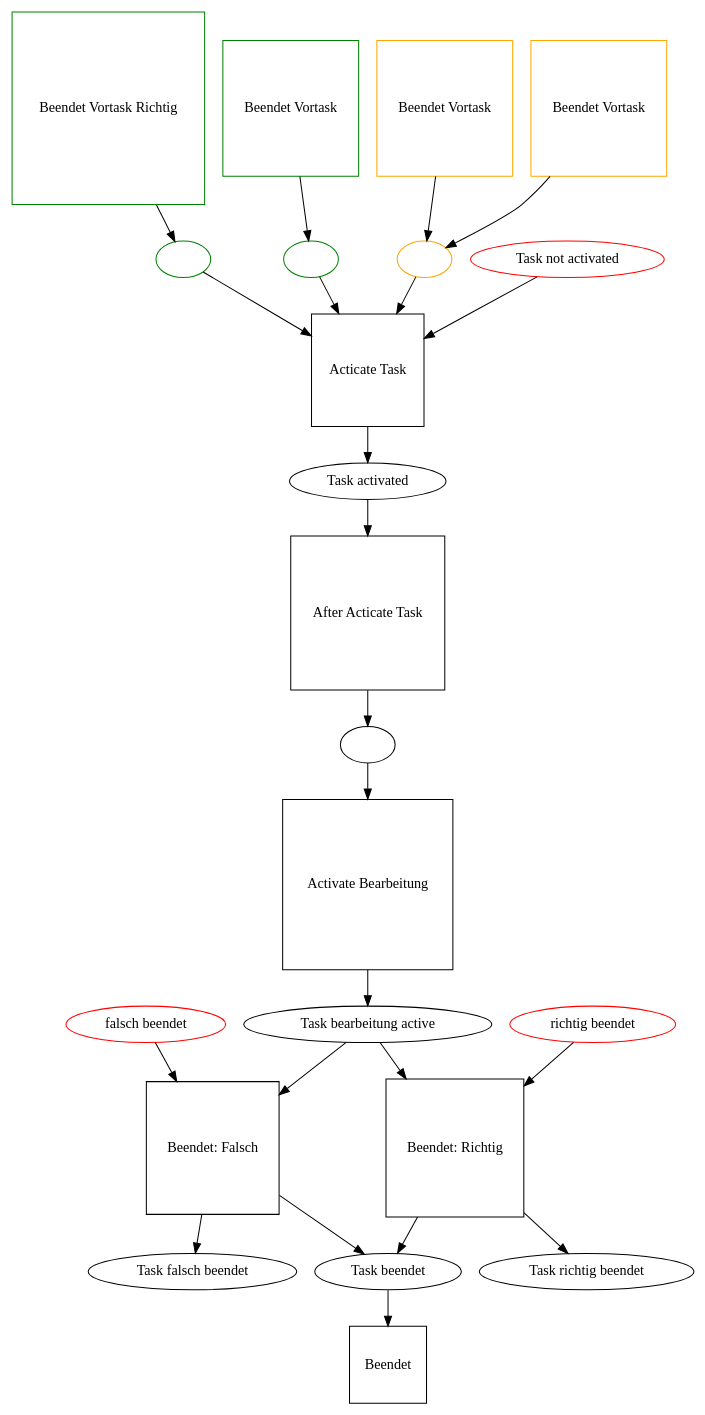
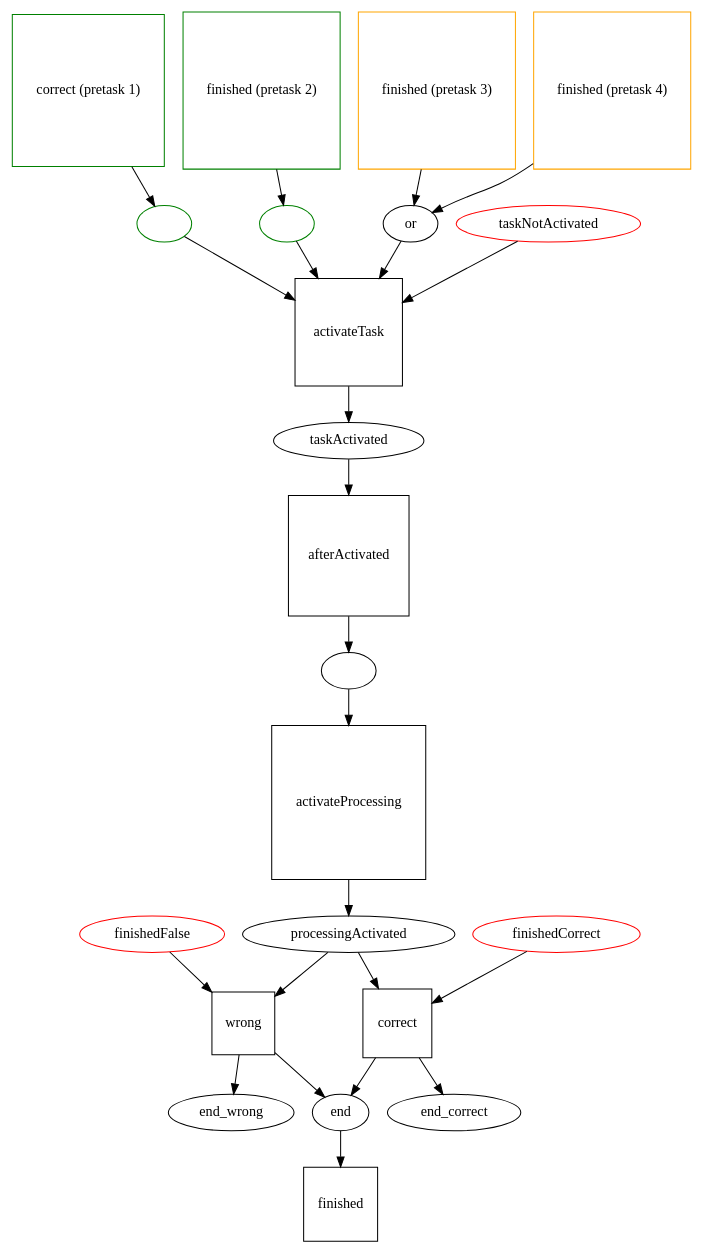
The diagram in doc/control_mechanisms/img/petri_net_seq.dot (Dungeon-CampusMinden/Dungeon), drawn with Graphviz before and after one commit. The commit also changed 13 other files, not shown here.

```diff
--- a/doc/control_mechanisms/img/petri_net_seq.dot
+++ b/doc/control_mechanisms/img/petri_net_seq.dot
@@ -1,61 +1,58 @@
 digraph seq {
     
     
 //and seq    
-t2_beendet [shape=square, label="Beendet Vortask Richtig",color="green"]
+t2_beendet [shape=square, label="correct (pretask 1)",color="green"]
 p_beendetInput1[label="",color="green"]
-t3_beendet [shape=square, label="Beendet Vortask",color="green"]
+t3_beendet [shape=square, label="finished (pretask 2)",color="green"]
 p_beendetInput2[label="",color="green"]
 t2_beendet->p_beendetInput1
 t3_beendet->p_beendetInput2
-p_beendetInput1->t_activate_task 
-p_beendetInput2->t_activate_task 
-    
+p_beendetInput1->t_activate_task
+p_beendetInput2->t_activate_task
+
 //or seq
-ot1_beendet [shape=square, label="Beendet Vortask",color="orange"]
-ot2_beendet [shape=square, label="Beendet Vortask",color="orange"]
-p_or[label="",color="orange"]
+ot1_beendet [shape=square, label="finished (pretask 3)",color="orange"]
+ot2_beendet [shape=square, label="finished (pretask 4)",color="orange"]
 ot1_beendet->p_or
 ot2_beendet->p_or
-p_or->t_activate_task 
 
 
+t_activate_task [shape=square, label="activateTask"]
 
-t_activate_task [shape=square, label="Acticate Task"]
+t_after_active[shape=square, label="afterActivated"]
+t_activate_bearbeitung [shape=square, label="activateProcessing"]
+t_beendet_f [shape=square, label="wrong"]
+t_beendet_c [shape=square, label="correct"]
+t_beendet [shape=square, label="finished"]
+p_task_not_active [label="taskNotActivated", color=red]
+p_task_active [label="taskActivated"]
+p_task_bactive [label="processingActivated"]
+p_task_end [label="end"]
+p_task_endc [label="end_correct"]
+p_task_endf [label="end_wrong"]
 
-t_after_active[shape=square, label="After Acticate Task"]
-t_activate_bearbeitung [shape=square, label="Activate Bearbeitung"]
-t_beendet_f [shape=square, label="Beendet: Falsch"]
-t_beendet_c [shape=square, label="Beendet: Richtig"]
-t_beendet [shape=square, label="Beendet"]
-
-p_task_not_active [label="Task not activated", color=red]
-p_task_active [label="Task activated"]
-p_task_bactive [label="Task bearbeitung active"]
-p_task_end [label="Task beendet"]
-p_task_endc [label="Task richtig beendet"]
-p_task_endf [label="Task falsch beendet"]
-
-p_task_endc_input [label="richtig beendet", color=red]
-p_task_endf_input [label="falsch beendet", color=red]
-
+p_task_endc_input [label="finishedCorrect", color=red]
+p_task_endf_input [label="finishedFalse", color=red]
+p_or[label="or"]
 p_filler[label=""]
 
+p_or->t_activate_task
 p_task_not_active->t_activate_task
 t_activate_task->p_task_active
 p_task_active->t_after_active
 t_after_active->p_filler
 p_filler->t_activate_bearbeitung
 t_activate_bearbeitung->p_task_bactive
 p_task_bactive->t_beendet_c
 p_task_bactive->t_beendet_f
 t_beendet_c->p_task_endc
 t_beendet_f->p_task_endf
 p_task_endc_input->t_beendet_c
 p_task_endf_input->t_beendet_f
 t_beendet_c->p_task_end
 t_beendet_f->p_task_end
 p_task_end->t_beendet
 
 
 }
```
